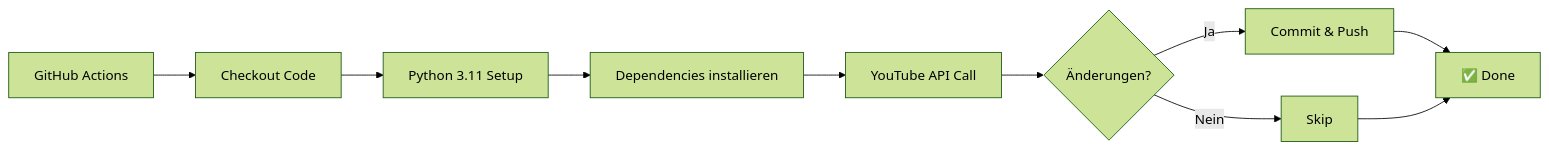
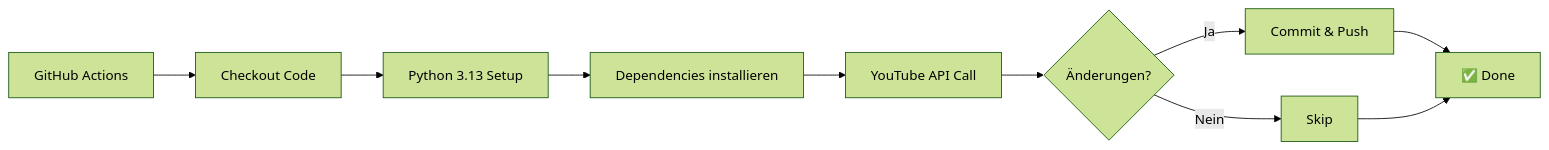
The diagram in .github/workflows/README.md (kamera-linux/vogel-kamera-linux), drawn with Mermaid (forest theme) before and after one commit. The commit also changed other lines of this file and 4 other files, not shown here.

````diff
--- a/.github/workflows/README.md
+++ b/.github/workflows/README.md
@@ -126,12 +126,12 @@
 ```mermaid
 graph LR
     A[GitHub Actions] --> B[Checkout Code]
-    B --> C[Python 3.11 Setup]
+    B --> C[Python 3.13 Setup]
     C --> D[Dependencies installieren]
     D --> E[YouTube API Call]
     E --> F{Änderungen?}
     F -->|Ja| G[Commit & Push]
     F -->|Nein| H[Skip]
     G --> I[✅ Done]
     H --> I
 ```
````
